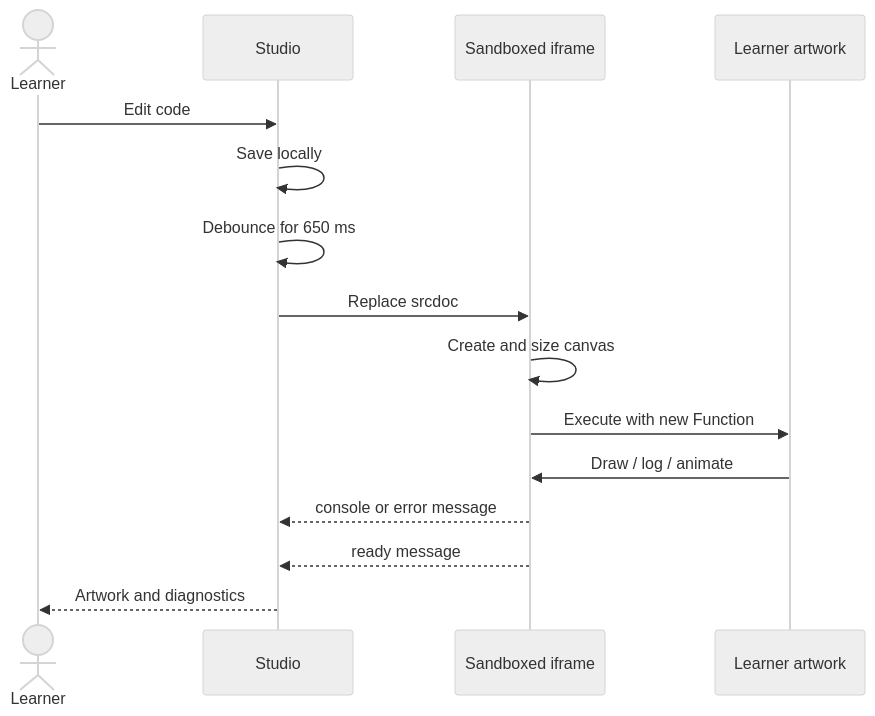
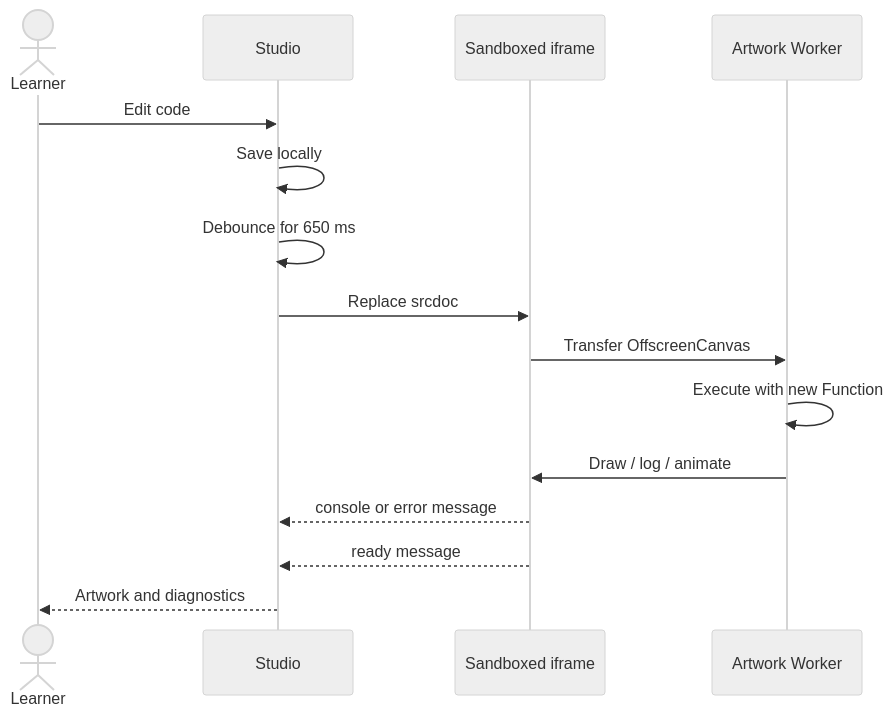
One commit to moslemajra85/canvas-atelier changed the second of 2 diagrams in docs/ARCHITECTURE.md. Above: the diagram before and after it, drawn with Mermaid (neutral theme). The commit also changed other lines of this file and 22 other files, not shown here.

````diff
--- a/docs/ARCHITECTURE.md
+++ b/docs/ARCHITECTURE.md
@@ -37,18 +38,18 @@
 ```mermaid
 sequenceDiagram
     actor Learner
     participant Studio
     participant Frame as Sandboxed iframe
-    participant Art as Learner artwork
+    participant Worker as Artwork Worker
 
     Learner->>Studio: Edit code
     Studio->>Studio: Save locally
     Studio->>Studio: Debounce for 650 ms
     Studio->>Frame: Replace srcdoc
-    Frame->>Frame: Create and size canvas
-    Frame->>Art: Execute with new Function
-    Art->>Frame: Draw / log / animate
+    Frame->>Worker: Transfer OffscreenCanvas
+    Worker->>Worker: Execute with new Function
+    Worker->>Frame: Draw / log / animate
     Frame-->>Studio: console or error message
     Frame-->>Studio: ready message
     Studio-->>Learner: Artwork and diagnostics
 ```
````
